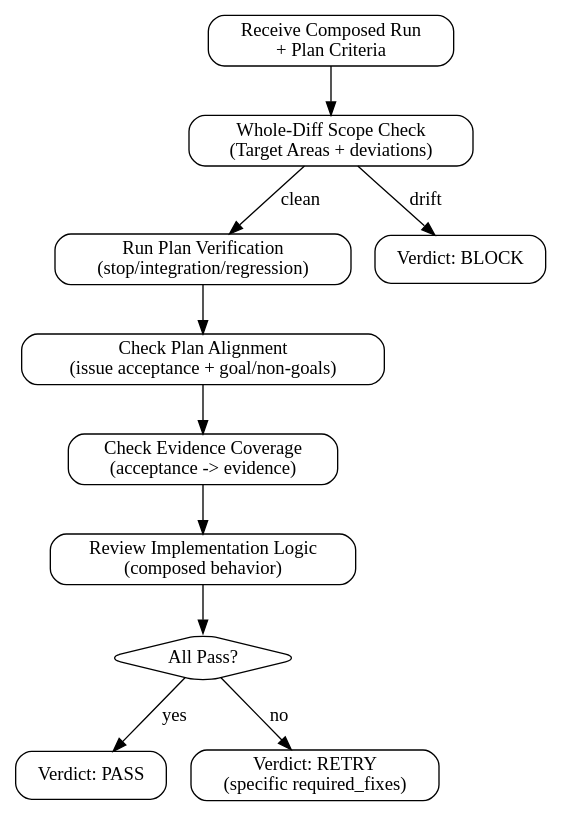
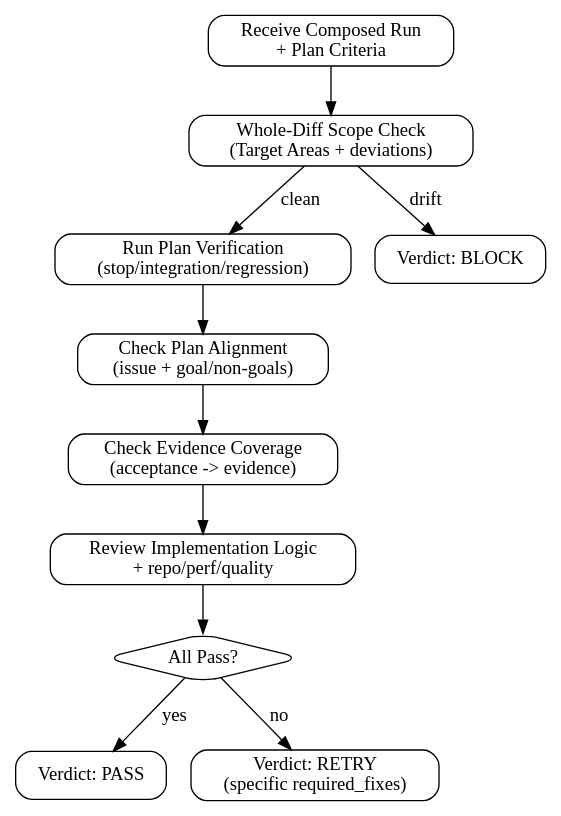
One commit to feng-y/pge changed the diagram in skills/pge-exec/handoffs/evaluator.md. Above: the diagram before and after it, drawn with Graphviz. The commit also changed other lines of this file and 10 other files, not shown here.

````diff
--- a/skills/pge-exec/handoffs/evaluator.md
+++ b/skills/pge-exec/handoffs/evaluator.md
@@ -5,27 +5,27 @@
 ```dot
 digraph evaluator {
   rankdir=TB;
   node [shape=box, style=rounded];
 
   receive [label="Receive Composed Run\n+ Plan Criteria"];
   check_scope [label="Whole-Diff Scope Check\n(Target Areas + deviations)"];
   run_verify [label="Run Plan Verification\n(stop/integration/regression)"];
-  check_criteria [label="Check Plan Alignment\n(issue acceptance + goal/non-goals)"];
+  check_criteria [label="Check Plan Alignment\n(issue + goal/non-goals)"];
   check_evidence [label="Check Evidence Coverage\n(acceptance -> evidence)"];
-  check_logic [label="Review Implementation Logic\n(composed behavior)"];
+  check_logic [label="Review Implementation Logic\n+ repo/perf/quality"];
   all_pass [label="All Pass?", shape=diamond];
   verdict_pass [label="Verdict: PASS"];
   verdict_retry [label="Verdict: RETRY\n(specific required_fixes)"];
   verdict_block [label="Verdict: BLOCK"];
 
   receive -> check_scope;
   check_scope -> run_verify [label="clean"];
   check_scope -> verdict_block [label="drift"];
   run_verify -> check_criteria;
   check_criteria -> check_evidence;
   check_evidence -> check_logic;
   check_logic -> all_pass;
   all_pass -> verdict_pass [label="yes"];
   all_pass -> verdict_retry [label="no"];
 }
 ```
````
